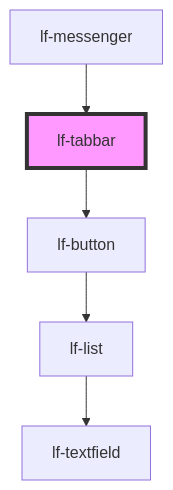
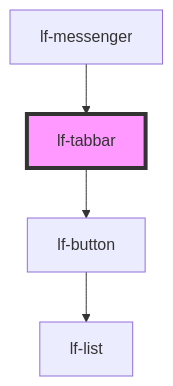
Before and after one commit to lucafoscili/lf-widgets: the diagram in packages/core/src/components/lf-tabbar/readme.md, drawn with Mermaid. The commit also changed 96 other files, not shown here.

````diff
--- a/packages/core/src/components/lf-tabbar/readme.md
+++ b/packages/core/src/components/lf-tabbar/readme.md
@@ -138,8 +138,7 @@
 ```mermaid
 graph TD;
   lf-tabbar --> lf-button
   lf-button --> lf-list
-  lf-list --> lf-textfield
   lf-messenger --> lf-tabbar
   style lf-tabbar fill:#f9f,stroke:#333,stroke-width:4px
 ```
````
